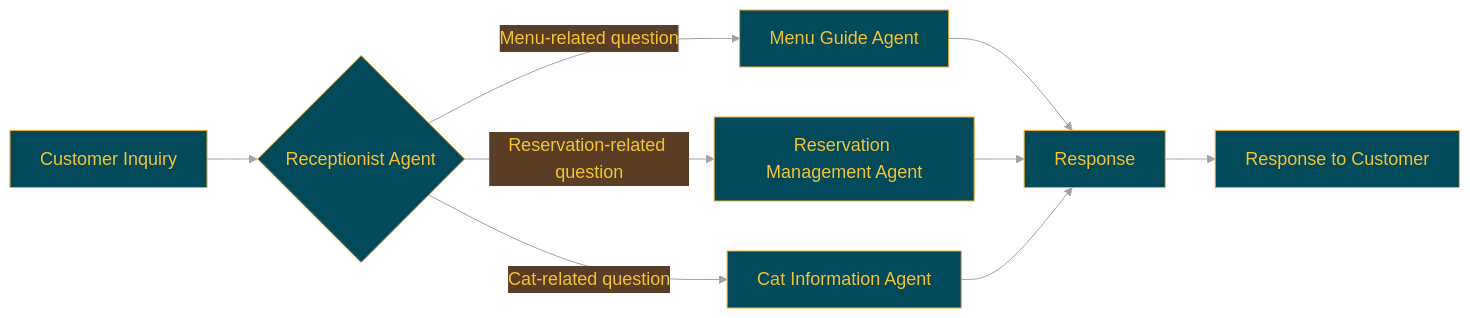
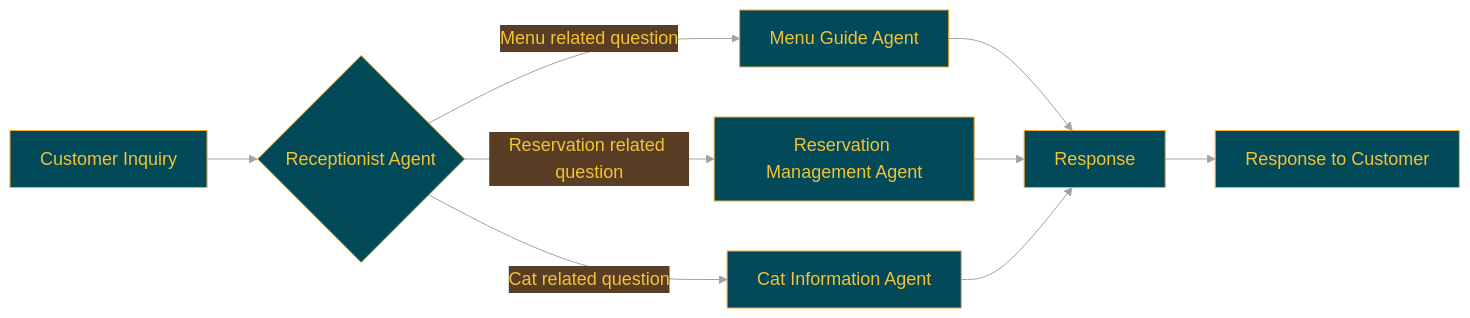
One commit to Sunwood-ai-labs/swarm-cat-cafe changed the diagram in docs/README.en.md. Above: the diagram before and after it, drawn with Mermaid. The commit also changed other lines of this file, not shown here.

````diff
--- a/docs/README.en.md
+++ b/docs/README.en.md
@@ -150,17 +150,17 @@
 ```mermaid
 %%{init:{'theme':'base','themeVariables':{'primaryColor':'#024959','primaryTextColor':'#F2C335','primaryBorderColor':'#F2AE30','lineColor':'#A1A2A6','secondaryColor':'#593E25','tertiaryColor':'#F2C335','noteTextColor':'#024959','noteBkgColor':'#F2C335','textColor':'#024959','fontSize':'18px'}}}%%
 
 graph LR
     A[Customer Inquiry] --> B{Receptionist Agent}
-    B -- Menu-related question --> C[Menu Guide Agent]
-    B -- Reservation-related question --> D[Reservation Management Agent]
-    B -- Cat-related question --> E[Cat Information Agent]
+    B -- Menu related question --> C[Menu Guide Agent]
+    B -- Reservation related question --> D[Reservation Management Agent]
+    B -- Cat related question --> E[Cat Information Agent]
     C --> F[Response]
     D --> F
     E --> F
     F --> G[Response to Customer]
 
     class B,C,D,E agent;
     class A,G process;
 
 ```
````
